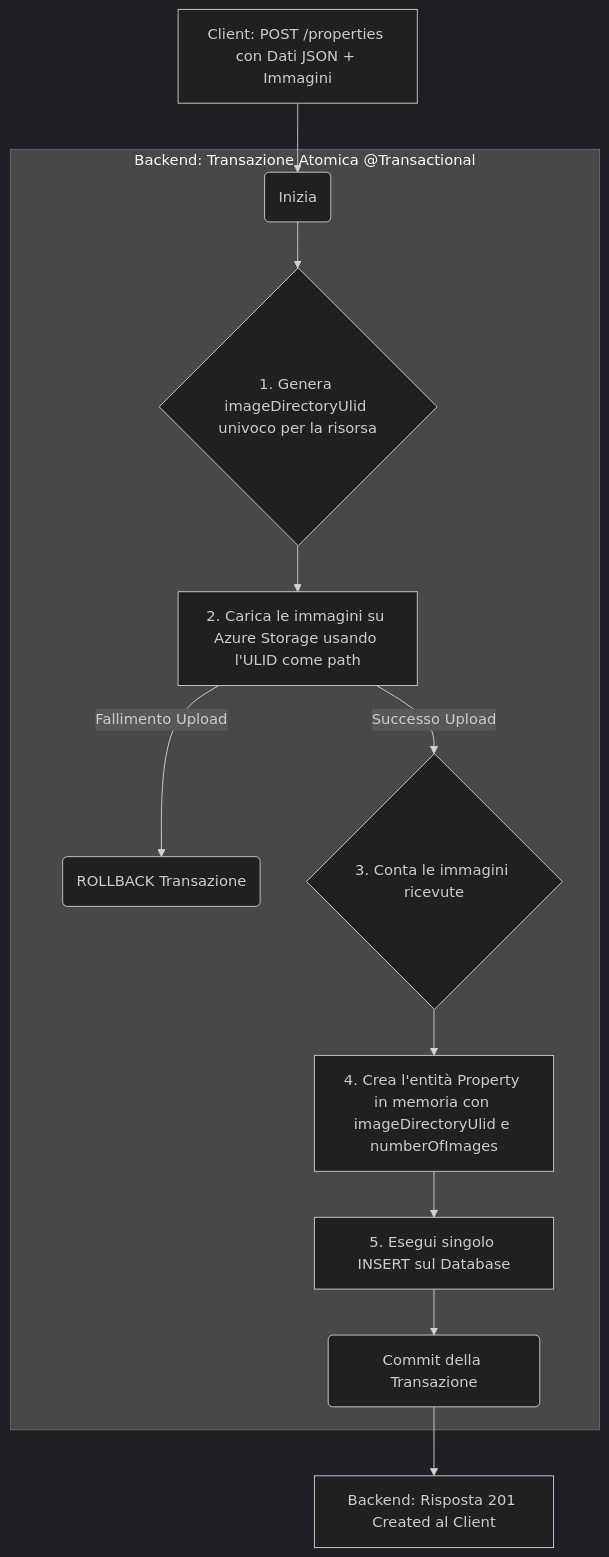
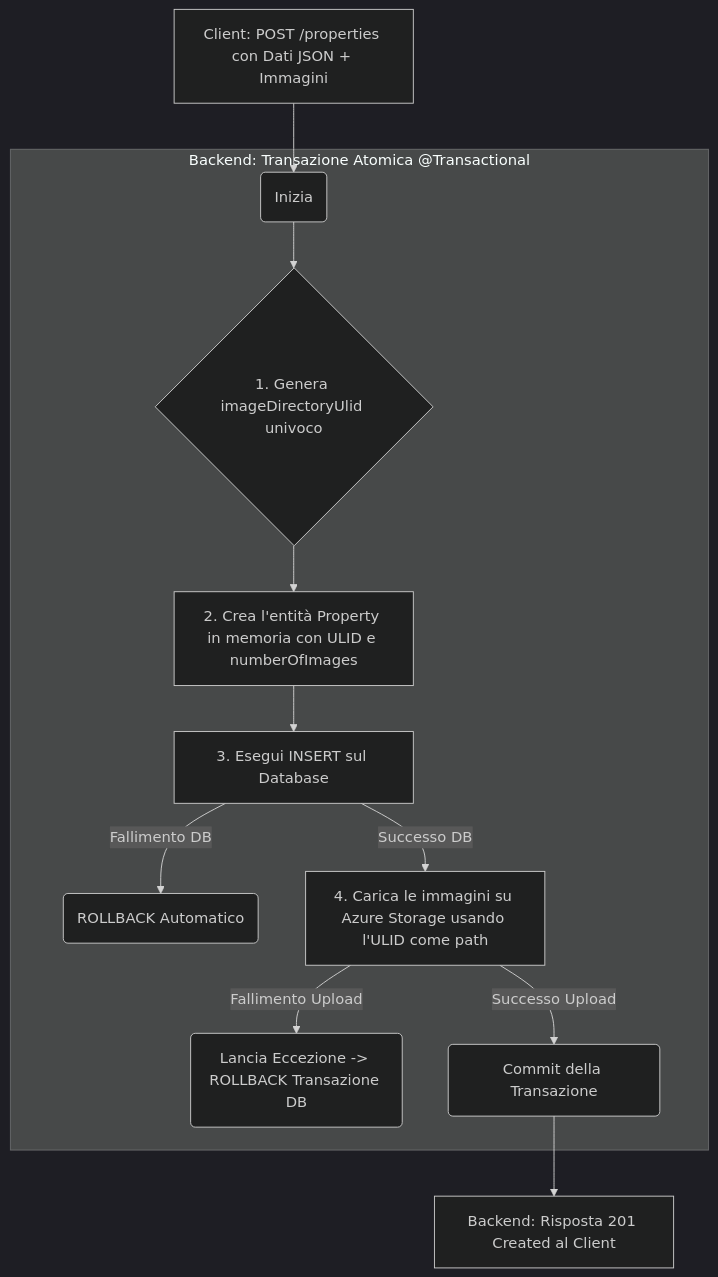
Before and after one commit to TheFabbest/DietiEstates25-backend: the diagram in docs/image-management-architectural-plan.md, drawn with Mermaid (dark theme). The commit also changed 18 other files, not shown here.

````diff
--- a/docs/image-management-architectural-plan.md
+++ b/docs/image-management-architectural-plan.md
@@ -21,15 +21,15 @@
 ```mermaid
 graph TD
     subgraph "Backend: Transazione Atomica @Transactional"
-        B(Inizia) --> C{1. Genera imageDirectoryUlid univoco per la risorsa};
-        C --> D[2. Carica le immagini su Azure Storage usando l'ULID come path];
-        D -- Fallimento Upload --> E(ROLLBACK Transazione);
-        D -- Successo Upload --> F{3. Conta le immagini ricevute};
-        F --> G[4. Crea l'entità Property in memoria con imageDirectoryUlid e numberOfImages];
-        G --> H[5. Esegui singolo INSERT sul Database];
-        H --> I(Commit della Transazione);
+        B(Inizia) --> C{1. Genera imageDirectoryUlid univoco};
+        C --> D[2. Crea l'entità Property in memoria con ULID e numberOfImages];
+        D --> E[3. Esegui INSERT sul Database];
+        E -- Fallimento DB --> F(ROLLBACK Automatico);
+        E -- Successo DB --> G[4. Carica le immagini su Azure Storage usando l'ULID come path];
+        G -- Fallimento Upload --> H(Lancia Eccezione -> ROLLBACK Transazione DB);
+        G -- Successo Upload --> I(Commit della Transazione);
     end
 
     A[Client: POST /properties con Dati JSON + Immagini] --> B;
     I --> J[Backend: Risposta 201 Created al Client];
 ```
````
